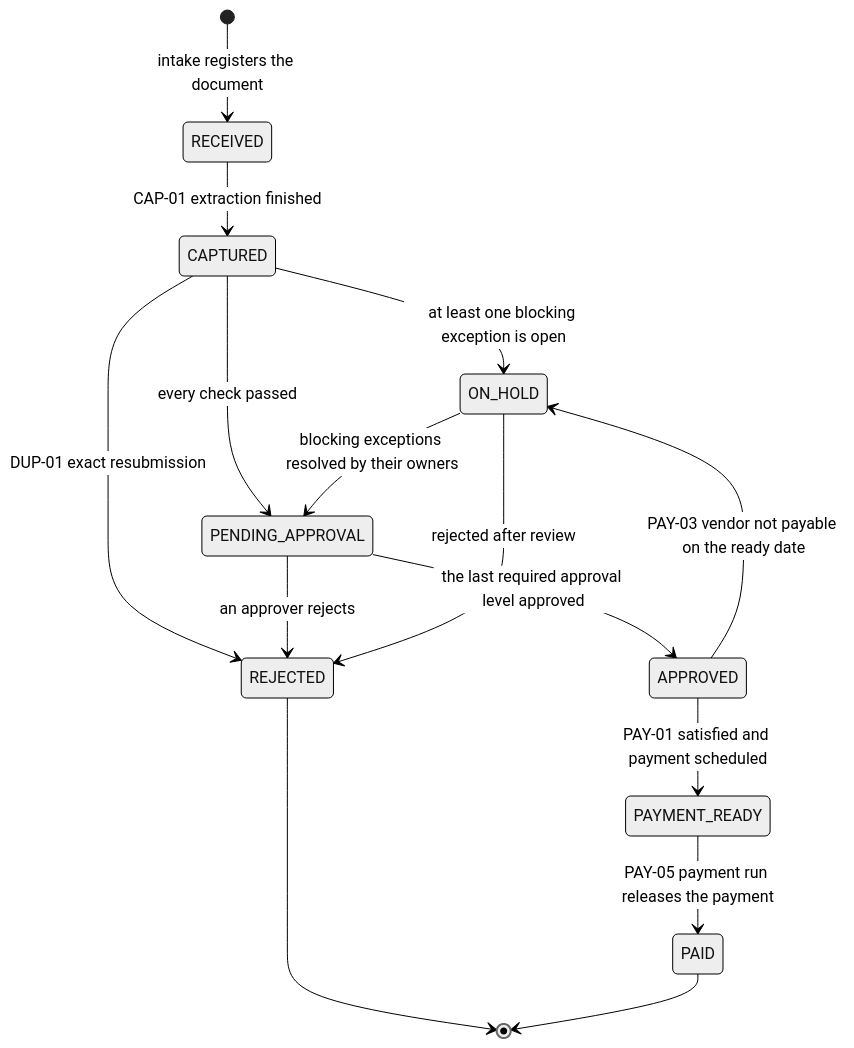
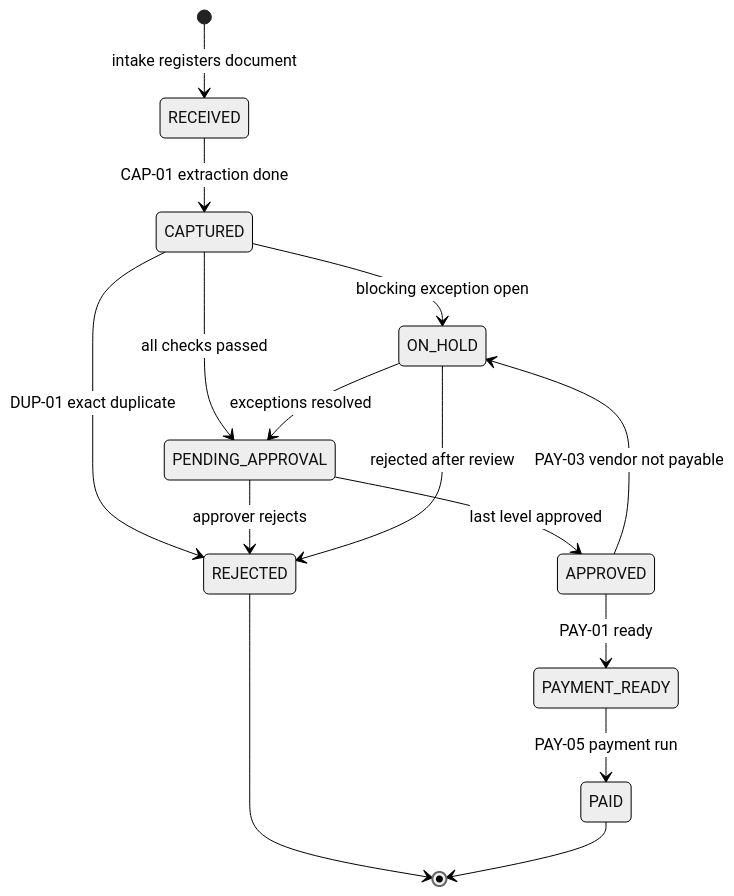
Before and after one commit to Anurag308d/invoice-ap-automation: the sixth of 9 diagrams in docs/schema.md, drawn with Mermaid (neutral theme). The commit also changed other lines of this file and 27 other files, not shown here.

````diff
--- a/docs/schema.md
+++ b/docs/schema.md
@@ -294,17 +301,17 @@
 ```mermaid
 stateDiagram-v2
-  [*] --> RECEIVED: intake registers the document
-  RECEIVED --> CAPTURED: CAP-01 extraction finished
-  CAPTURED --> ON_HOLD: at least one blocking exception is open
-  CAPTURED --> REJECTED: DUP-01 exact resubmission
-  CAPTURED --> PENDING_APPROVAL: every check passed
-  PENDING_APPROVAL --> APPROVED: the last required approval level approved
-  PENDING_APPROVAL --> REJECTED: an approver rejects
-  APPROVED --> PAYMENT_READY: PAY-01 satisfied and payment scheduled
-  APPROVED --> ON_HOLD: PAY-03 vendor not payable on the ready date
-  ON_HOLD --> PENDING_APPROVAL: blocking exceptions resolved by their owners
+  [*] --> RECEIVED: intake registers document
+  RECEIVED --> CAPTURED: CAP-01 extraction done
+  CAPTURED --> ON_HOLD: blocking exception open
+  CAPTURED --> REJECTED: DUP-01 exact duplicate
+  CAPTURED --> PENDING_APPROVAL: all checks passed
+  PENDING_APPROVAL --> APPROVED: last level approved
+  PENDING_APPROVAL --> REJECTED: approver rejects
+  APPROVED --> PAYMENT_READY: PAY-01 ready
+  APPROVED --> ON_HOLD: PAY-03 vendor not payable
+  ON_HOLD --> PENDING_APPROVAL: exceptions resolved
   ON_HOLD --> REJECTED: rejected after review
-  PAYMENT_READY --> PAID: PAY-05 payment run releases the payment
+  PAYMENT_READY --> PAID: PAY-05 payment run
   REJECTED --> [*]
   PAID --> [*]
 ```
````
